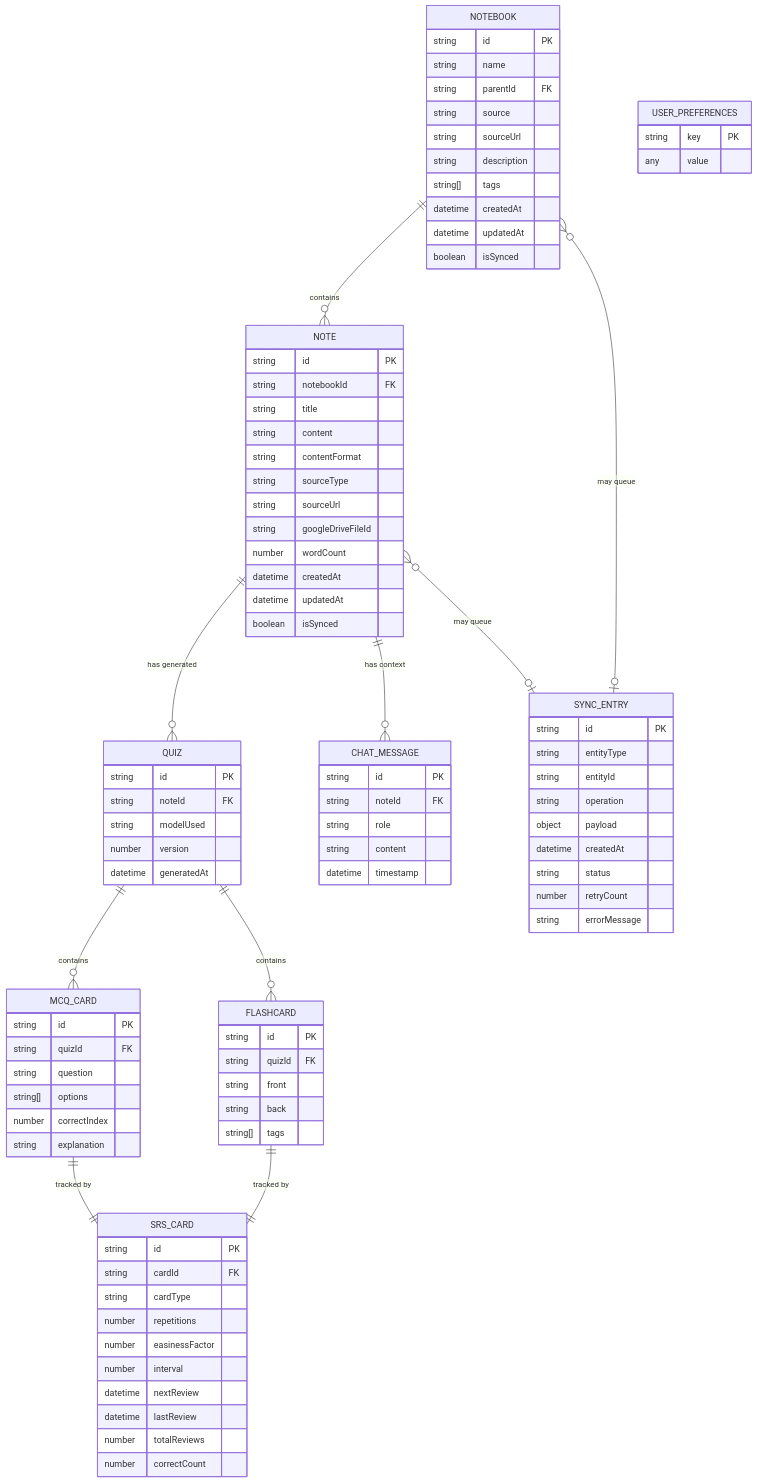
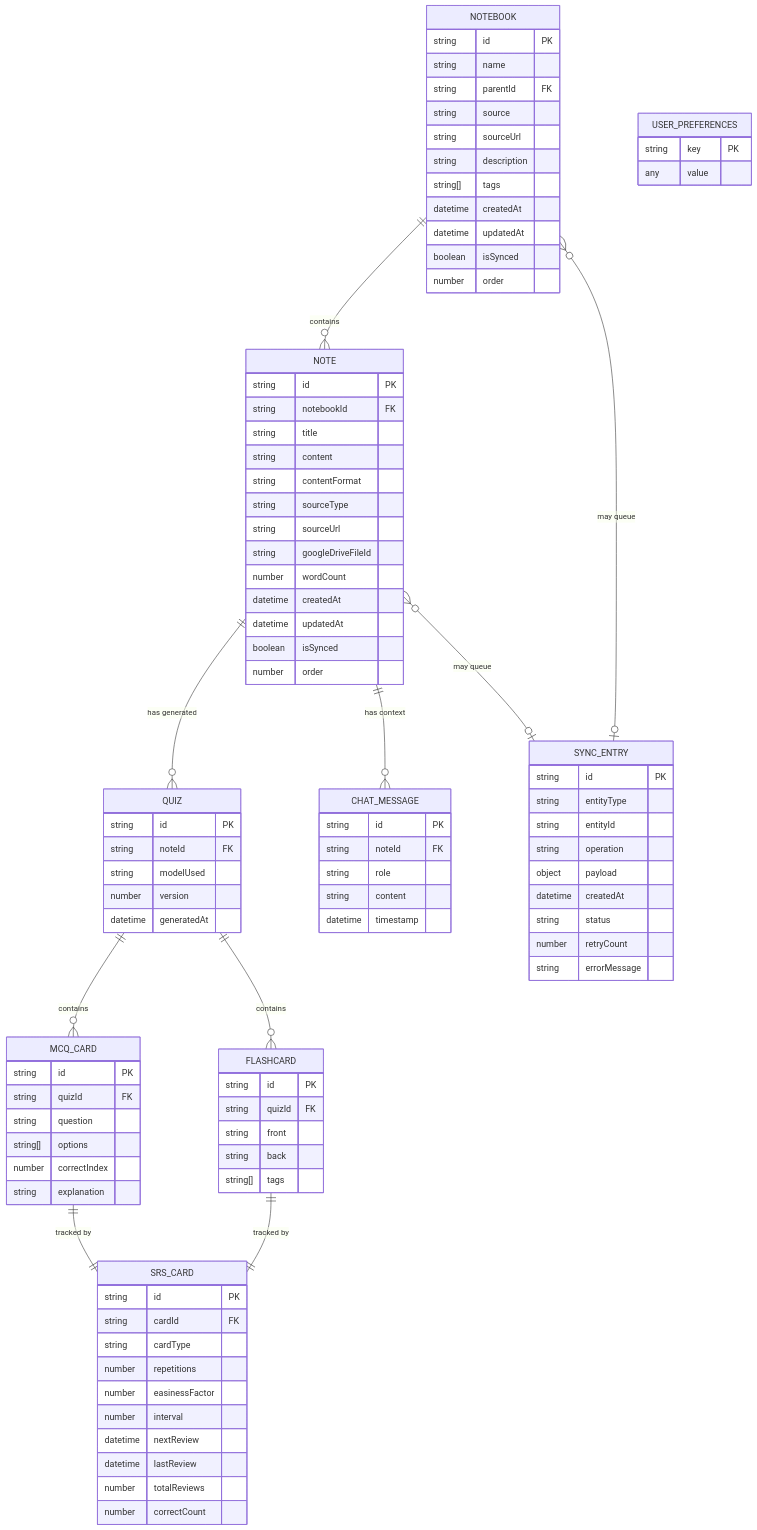
One commit to Strider221B/synapse-sync changed the diagram in documentation/design/high_level/03_data_models.md. Above: the diagram before and after it, drawn with Mermaid. The commit also changed other lines of this file and 21 other files, not shown here.

```diff
--- a/documentation/design/high_level/03_data_models.md
+++ b/documentation/design/high_level/03_data_models.md
@@ -39,6 +39,7 @@
         datetime createdAt
         datetime updatedAt
         boolean isSynced
+        number order
     }
 
     NOTE {
@@ -54,6 +55,7 @@
         datetime createdAt
         datetime updatedAt
         boolean isSynced
+        number order
     }
 
     QUIZ {
```
